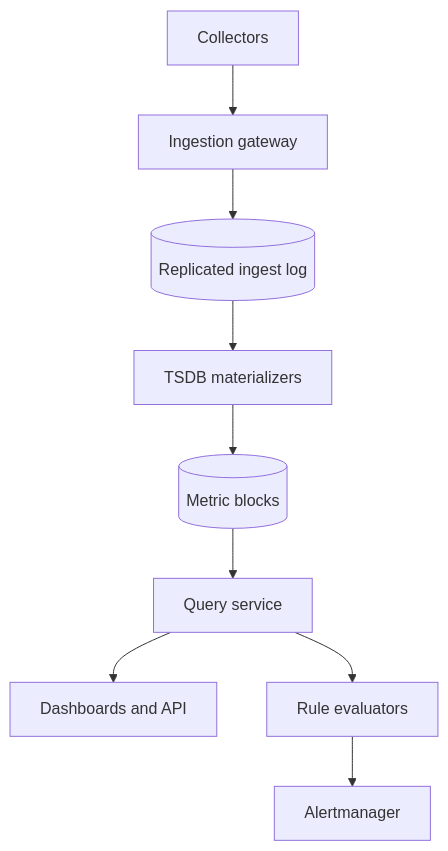
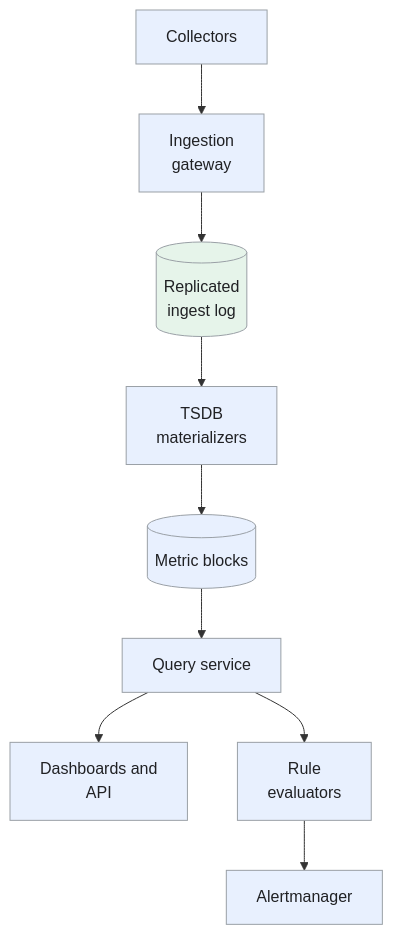
One commit to iliazlobin/iliazlobin.github.io changed the first of 6 diagrams in _designs/system-design-metrics-monitoring.md. Above: the diagram before and after it, drawn with Mermaid. The commit also changed other lines of this file and 131 other files, not shown here.

````diff
--- a/_designs/system-design-metrics-monitoring.md
+++ b/_designs/system-design-metrics-monitoring.md
@@ -128,11 +128,16 @@
 ```mermaid
 flowchart TB
-    C["Collectors"] --> G["Ingestion gateway"]
-    G --> LOG[("Replicated ingest log")]
-    LOG --> I["TSDB materializers"]
+    C["Collectors"] --> G["Ingestion<br>gateway"]
+    G --> LOG[("Replicated<br>ingest log")]
+    LOG --> I["TSDB<br>materializers"]
     I --> B[("Metric blocks")]
     B --> Q["Query service"]
-    Q --> D["Dashboards and API"]
-    Q --> R["Rule evaluators"]
+    Q --> D["Dashboards and<br>API"]
+    Q --> R["Rule<br>evaluators"]
     R --> A["Alertmanager"]
+  classDef request fill:#e8f0fe,stroke:#9aa0a6,color:#202124,stroke-width:1px
+  classDef background fill:#e6f4ea,stroke:#9aa0a6,color:#202124,stroke-width:1px
+  classDef control fill:#fef7e0,stroke:#9aa0a6,color:#202124,stroke-width:1px
+  class C,G,I,B,Q,D,R,A request
+  class LOG background
 ```
````
